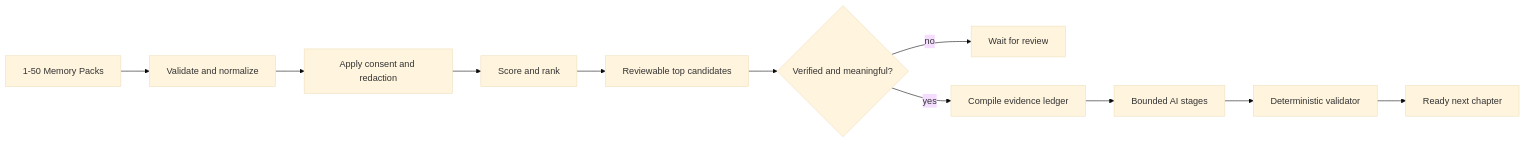
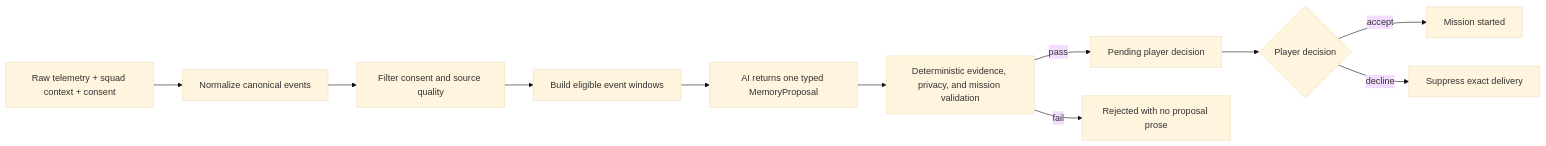
One commit to yumwoonsen/MemoryOS changed the diagram in docs/architecture.md. Above: the diagram before and after it, drawn with Mermaid (base theme). The commit also changed other lines of this file and 61 other files, not shown here.

````diff
--- a/docs/architecture.md
+++ b/docs/architecture.md
@@ -8,13 +23,13 @@
 ```mermaid
 flowchart LR
-    A["1-50 Memory Packs"] --> B["Validate and normalize"]
-    B --> C["Apply consent and redaction"]
-    C --> D["Score and rank"]
-    D --> E["Reviewable top candidates"]
-    E --> F{"Verified and meaningful?"}
-    F -->|"no"| G["Wait for review"]
-    F -->|"yes"| H["Compile evidence ledger"]
-    H --> I["Bounded AI stages"]
-    I --> J["Deterministic validator"]
-    J --> K["Ready next chapter"]
+    A["Raw telemetry + squad context + consent"] --> B["Normalize canonical events"]
+    B --> C["Filter consent and source quality"]
+    C --> D["Build eligible event windows"]
+    D --> E["AI returns one typed MemoryProposal"]
+    E --> F["Deterministic evidence, privacy, and mission validation"]
+    F -->|"pass"| G["Pending player decision"]
+    F -->|"fail"| H["Rejected with no proposal prose"]
+    G --> I{"Player decision"}
+    I -->|"accept"| J["Mission started"]
+    I -->|"decline"| K["Suppress exact delivery"]
 ```
````
